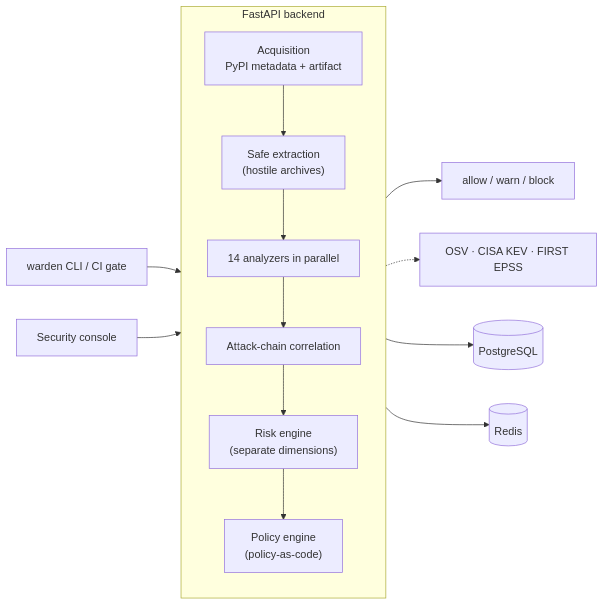
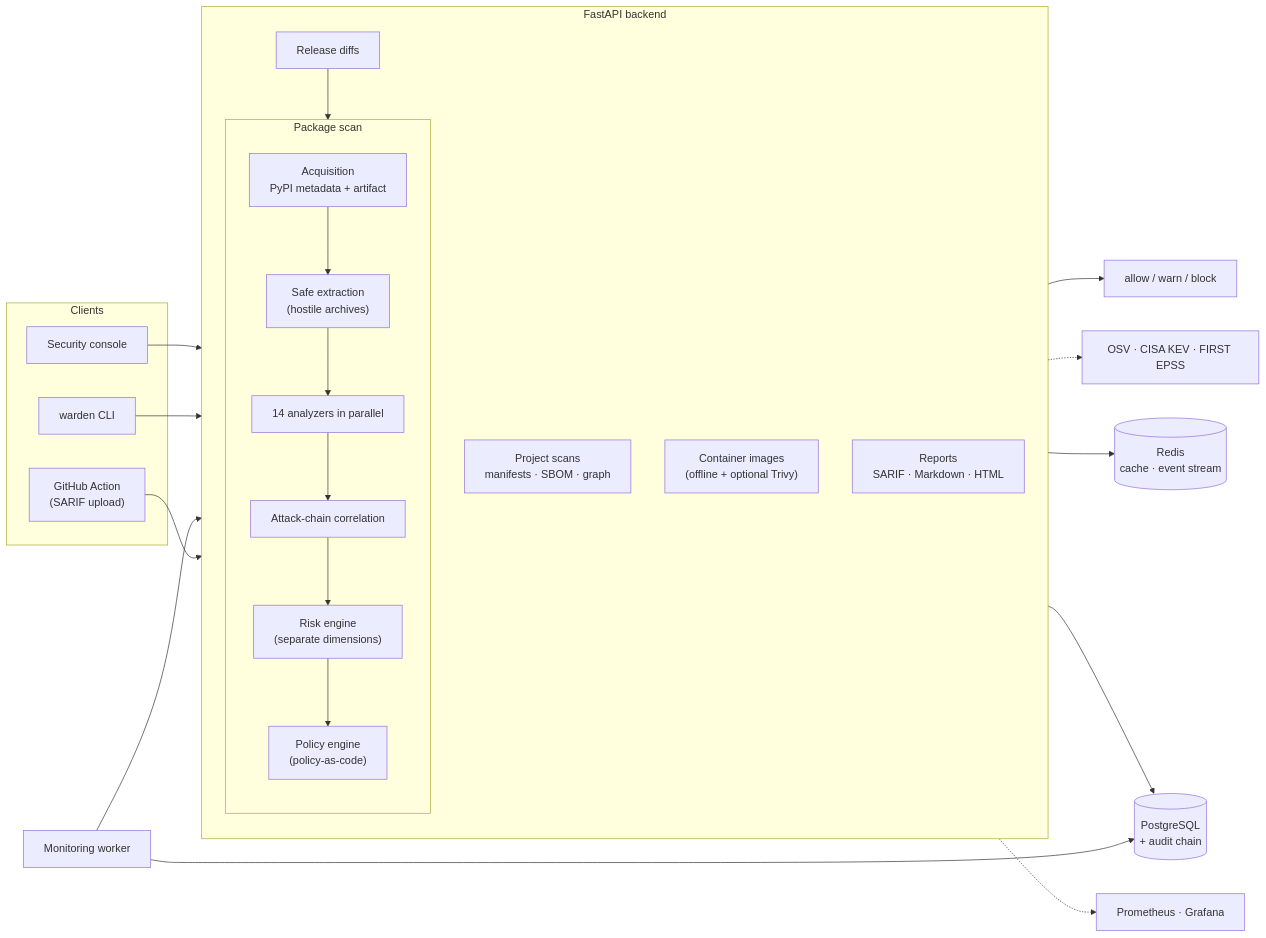
Before and after one commit to rakshit-737/warden-supply-chain-firewall: the diagram in README.md, drawn with Mermaid. The commit also changed other lines of this file, not shown here.

Commit message:
docs(readme): show the whole platform in the diagram and replace the unpublished PyPI badges

````diff
--- a/README.md
+++ b/README.md
@@ -41,17 +41,35 @@
 ```mermaid
 flowchart LR
-  CLI["warden CLI / CI gate"] --> API
-  UI["Security console"] --> API
+  subgraph Clients
+    CLI["warden CLI"]
+    GHA["GitHub Action<br/>(SARIF upload)"]
+    UI["Security console"]
+  end
   subgraph API["FastAPI backend"]
     direction TB
-    ACQ["Acquisition<br/>PyPI metadata + artifact"] --> EXT["Safe extraction<br/>(hostile archives)"]
-    EXT --> AZ["14 analyzers in parallel"]
-    AZ --> COR["Attack-chain correlation"]
-    COR --> RISK["Risk engine<br/>(separate dimensions)"]
-    RISK --> POL["Policy engine<br/>(policy-as-code)"]
+    subgraph PKG["Package scan"]
+      direction TB
+      ACQ["Acquisition<br/>PyPI metadata + artifact"] --> EXT["Safe extraction<br/>(hostile archives)"]
+      EXT --> AZ["14 analyzers in parallel"]
+      AZ --> COR["Attack-chain correlation"]
+      COR --> RISK["Risk engine<br/>(separate dimensions)"]
+      RISK --> POL["Policy engine<br/>(policy-as-code)"]
+    end
+    PROJ["Project scans<br/>manifests · SBOM · graph"]
+    DIFF["Release diffs"]
+    CTR["Container images<br/>(offline + optional Trivy)"]
+    REP["Reports<br/>SARIF · Markdown · HTML"]
   end
+  WORKER["Monitoring worker"]
+  CLI --> API
+  GHA --> PROJ
+  UI --> API
   POL --> V["allow / warn / block"]
-  API --> DB[("PostgreSQL")]
-  API --> RC[("Redis")]
+  DIFF --> PKG
+  WORKER --> DIFF
+  API --> DB[("PostgreSQL<br/>+ audit chain")]
+  WORKER --> DB
+  API --> RC[("Redis<br/>cache · event stream")]
   AZ -.-> INTEL["OSV · CISA KEV · FIRST EPSS"]
+  API -.-> PROM["Prometheus · Grafana"]
 ```
````
